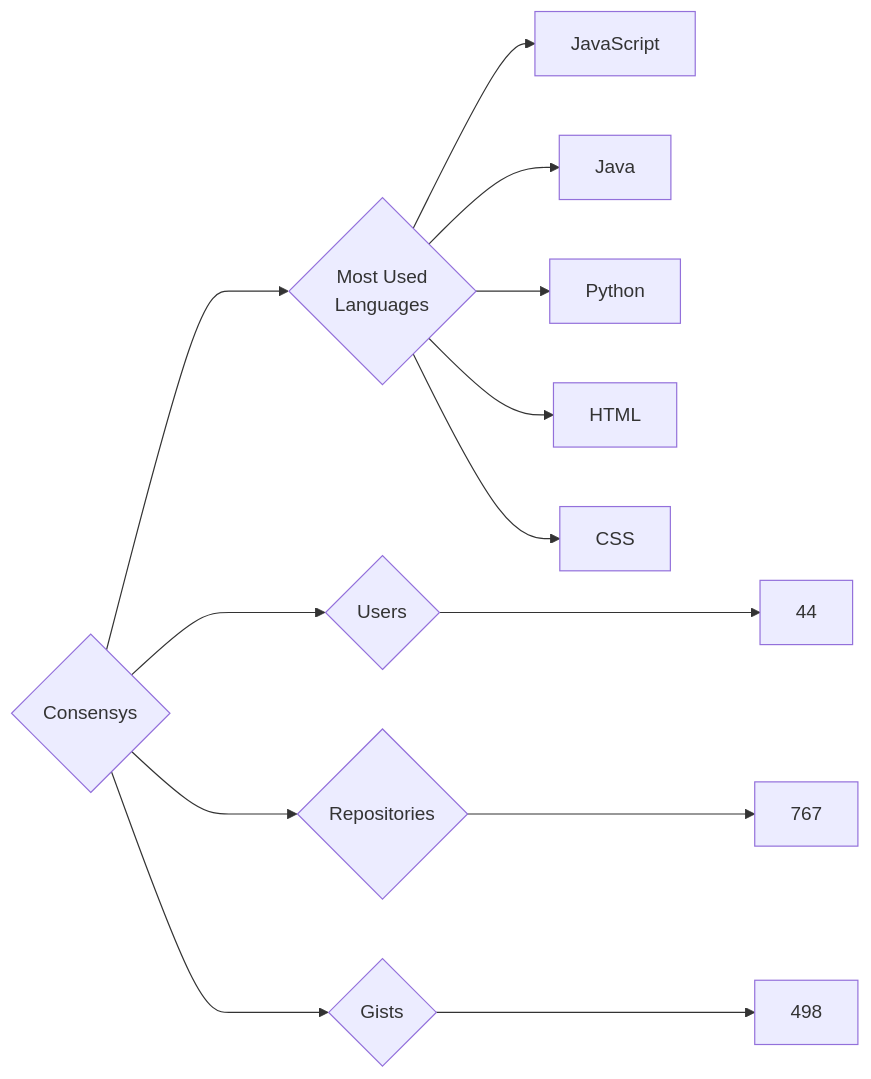
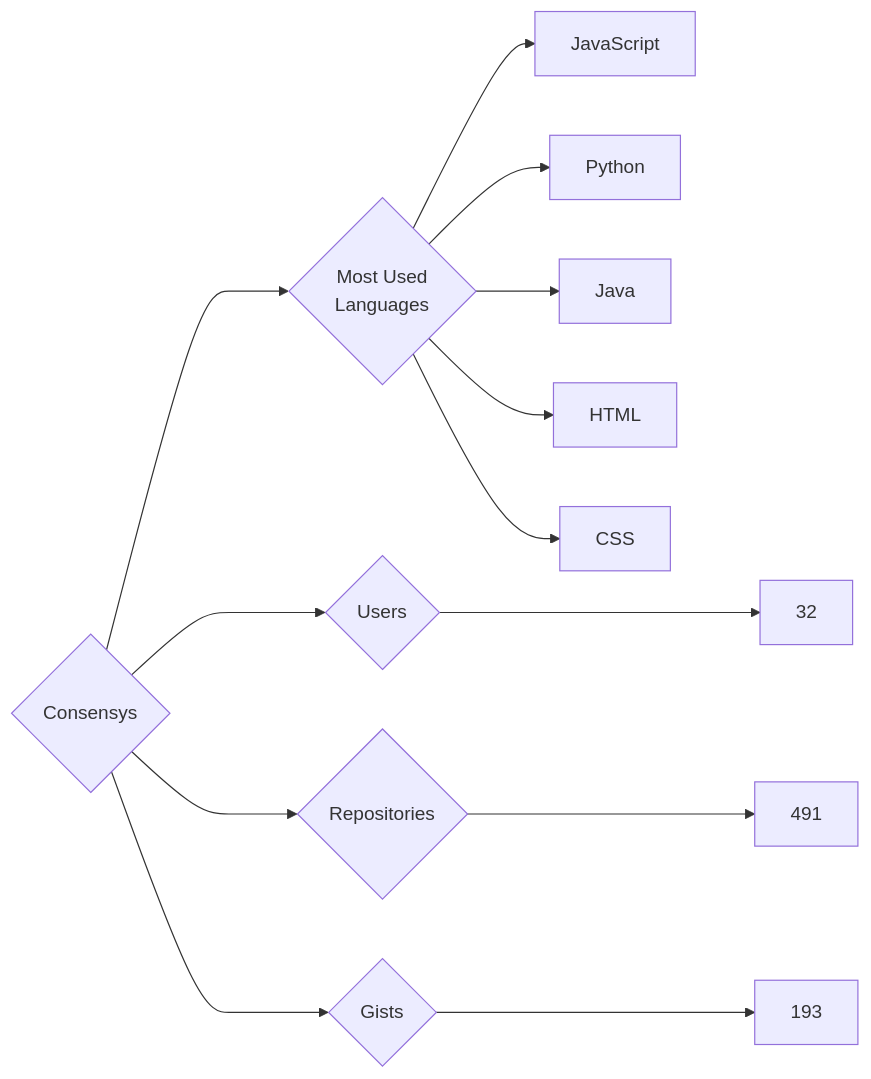
Before and after one commit to trickest/insiders: the diagram in targets/Consensys/README.md, drawn with Mermaid. The commit also changed 1314 other files, not shown here.

````diff
--- a/targets/Consensys/README.md
+++ b/targets/Consensys/README.md
@@ -3,13 +3,13 @@
 ```mermaid
 graph LR
 COMPANY_NAME{Consensys}
-COMPANY_NAME ---> U{Users} ---> UN[44]
-COMPANY_NAME ---> R{Repositories} ---> RN[767]
-COMPANY_NAME ---> G{Gists} ---> GN[498]
+COMPANY_NAME ---> U{Users} ---> UN[32]
+COMPANY_NAME ---> R{Repositories} ---> RN[491]
+COMPANY_NAME ---> G{Gists} ---> GN[193]
 COMPANY_NAME ---> ML{Most Used<br>Languages}
 ML --> JavaScript[JavaScript]
+ML --> Python[Python]
 ML --> Java[Java]
-ML --> Python[Python]
 ML --> HTML[HTML]
 ML --> CSS[CSS]
 ```
````
